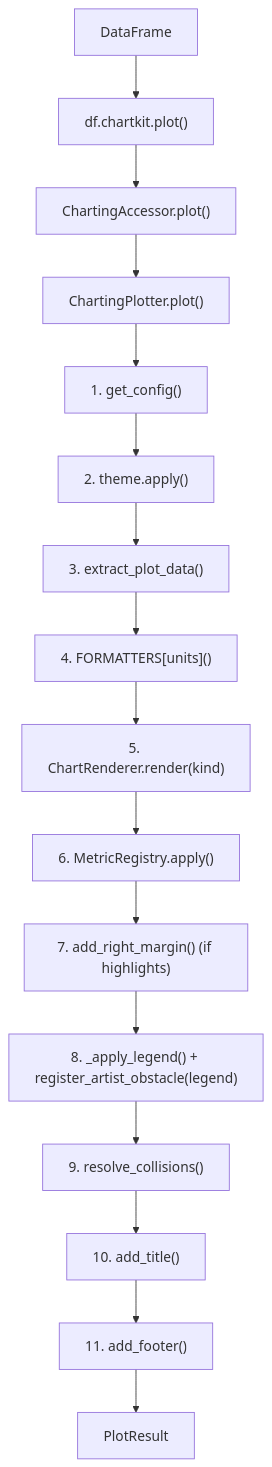
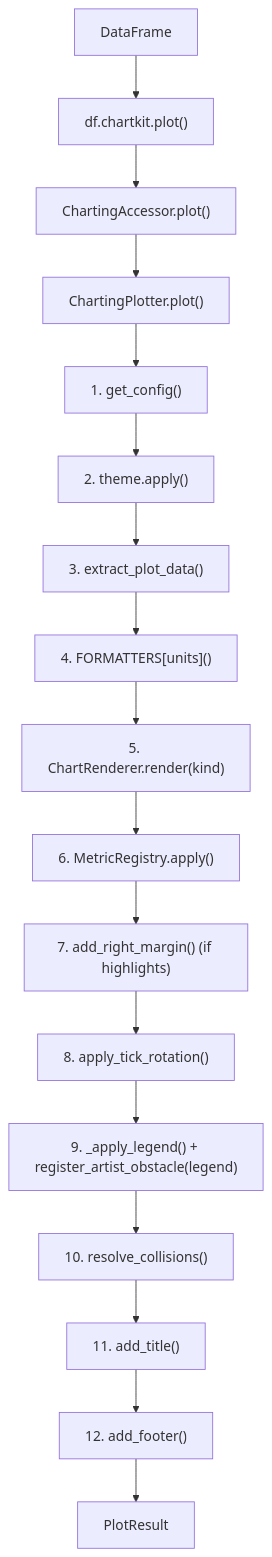
One commit to enzoomoreira/chartkit changed the diagram in docs/contributing/architecture.md. Above: the diagram before and after it, drawn with Mermaid. The commit also changed other lines of this file and 12 other files, not shown here.

Commit message:
feat(ticks): add auto-rotation for X-axis tick labels

````diff
--- a/docs/contributing/architecture.md
+++ b/docs/contributing/architecture.md
@@ -91,19 +92,20 @@
 ```mermaid
 flowchart TD
     A[DataFrame] --> B["df.chartkit.plot()"]
     B --> C["ChartingAccessor.plot()"]
     C --> D["ChartingPlotter.plot()"]
 
     D --> D1["1. get_config()"]
     D1 --> D2["2. theme.apply()"]
     D2 --> D3["3. extract_plot_data()"]
     D3 --> D4["4. FORMATTERS[units]()"]
     D4 --> D5["5. ChartRenderer.render(kind)"]
     D5 --> D6["6. MetricRegistry.apply()"]
     D6 --> D6a["7. add_right_margin() (if highlights)"]
-    D6a --> D6b["8. _apply_legend() + register_artist_obstacle(legend)"]
-    D6b --> D7["9. resolve_collisions()"]
-    D7 --> D8["10. add_title()"]
-    D8 --> D9["11. add_footer()"]
+    D6a --> D6c["8. apply_tick_rotation()"]
+    D6c --> D6b["9. _apply_legend() + register_artist_obstacle(legend)"]
+    D6b --> D7["10. resolve_collisions()"]
+    D7 --> D8["11. add_title()"]
+    D8 --> D9["12. add_footer()"]
     D9 --> E["PlotResult"]
 ```
````
